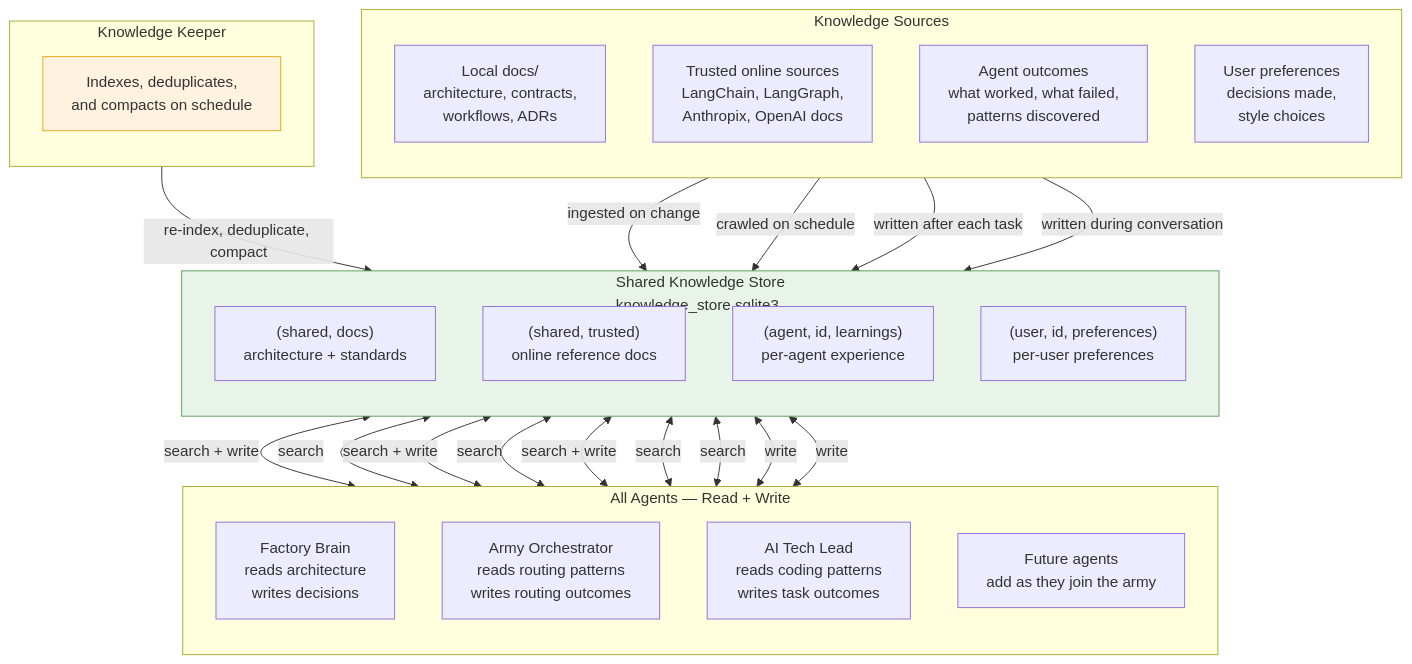
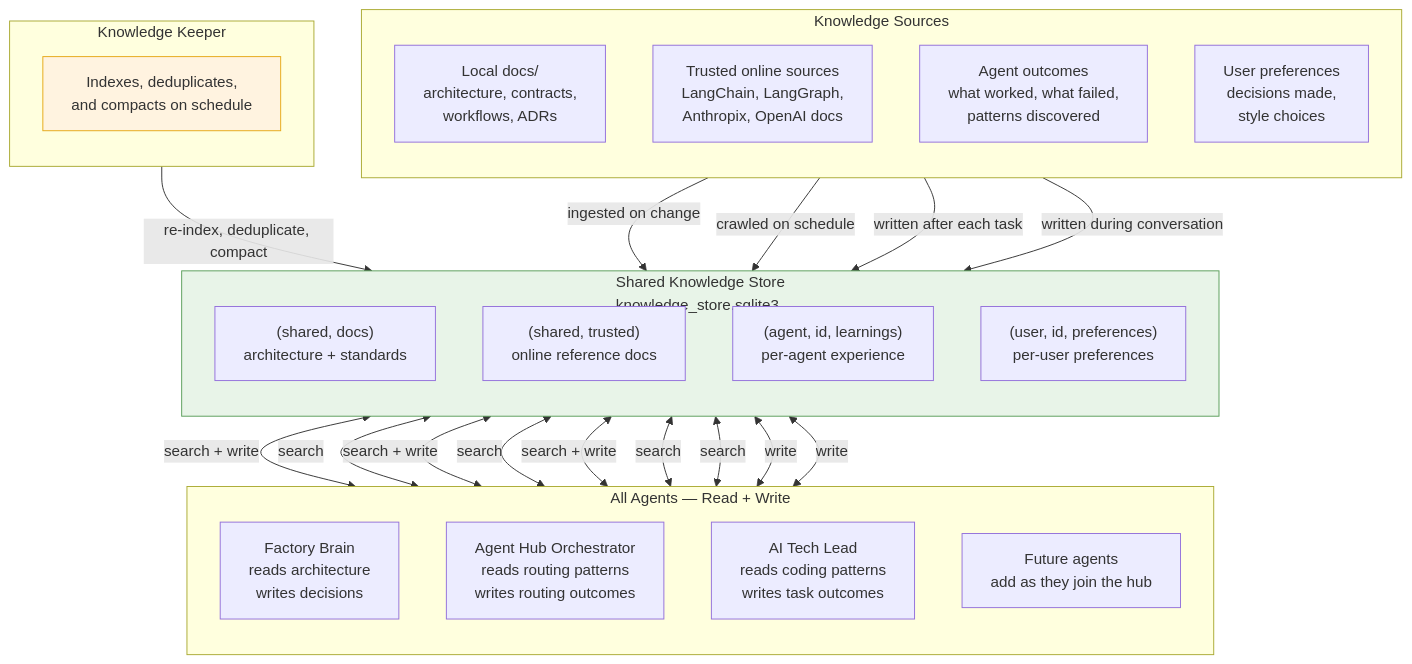
One commit to robvoto/agent-factory changed the diagram in docs/diagrams/04-KNOWLEDGE-FLOW.md. Above: the diagram before and after it, drawn with Mermaid. The commit also changed 26 other files, not shown here.

First line of the commit message:
docs: replace legacy "army" naming with Agent Hub

````diff
--- a/docs/diagrams/04-KNOWLEDGE-FLOW.md
+++ b/docs/diagrams/04-KNOWLEDGE-FLOW.md
@@ -5,54 +5,54 @@
 ```mermaid
 flowchart TB
     subgraph Sources["Knowledge Sources"]
         direction TB
         LocalDocs["Local docs/\narchitecture, contracts,\nworkflows, ADRs"]
         TrustedURLs["Trusted online sources\nLangChain, LangGraph,\nAnthropix, OpenAI docs"]
         AgentOutcomes["Agent outcomes\nwhat worked, what failed,\npatterns discovered"]
         UserPrefs["User preferences\ndecisions made,\nstyle choices"]
     end
 
     subgraph Store["Shared Knowledge Store\nknowledge_store.sqlite3"]
         direction TB
         SharedDocs["(shared, docs)\narchitecture + standards"]
         SharedTrusted["(shared, trusted)\nonline reference docs"]
         AgentLearnings["(agent, id, learnings)\nper-agent experience"]
         UserMemory["(user, id, preferences)\nper-user preferences"]
     end
 
     subgraph Agents["All Agents — Read + Write"]
         direction TB
         FactoryBrain["Factory Brain\nreads architecture\nwrites decisions"]
-        ArmyOrch["Army Orchestrator\nreads routing patterns\nwrites routing outcomes"]
+        HubOrch["Agent Hub Orchestrator\nreads routing patterns\nwrites routing outcomes"]
         ATL["AI Tech Lead\nreads coding patterns\nwrites task outcomes"]
-        FutureAgents["Future agents\nadd as they join the army"]
+        FutureAgents["Future agents\nadd as they join the hub"]
     end
 
     subgraph KeeperSection["Knowledge Keeper"]
         direction TB
         Keeper["Indexes, deduplicates,\nand compacts on schedule"]
     end
 
     LocalDocs -->|ingested on change| SharedDocs
     TrustedURLs -->|crawled on schedule| SharedTrusted
     AgentOutcomes -->|written after each task| AgentLearnings
     UserPrefs -->|written during conversation| UserMemory
 
     SharedDocs <-->|search + write| FactoryBrain
     SharedTrusted <-->|search| FactoryBrain
     AgentLearnings <-->|search + write| FactoryBrain
 
-    SharedDocs <-->|search| ArmyOrch
-    AgentLearnings <-->|search + write| ArmyOrch
+    SharedDocs <-->|search| HubOrch
+    AgentLearnings <-->|search + write| HubOrch
 
     SharedDocs <-->|search| ATL
     SharedTrusted <-->|search| ATL
     AgentLearnings <-->|write| ATL
 
     AgentLearnings <-->|write| FutureAgents
 
     Keeper -->|re-index, deduplicate, compact| Store
 
     style Store fill:#e8f4e8,stroke:#5a9e5a
     style Keeper fill:#fff3e0,stroke:#e6a817
 ```
````
